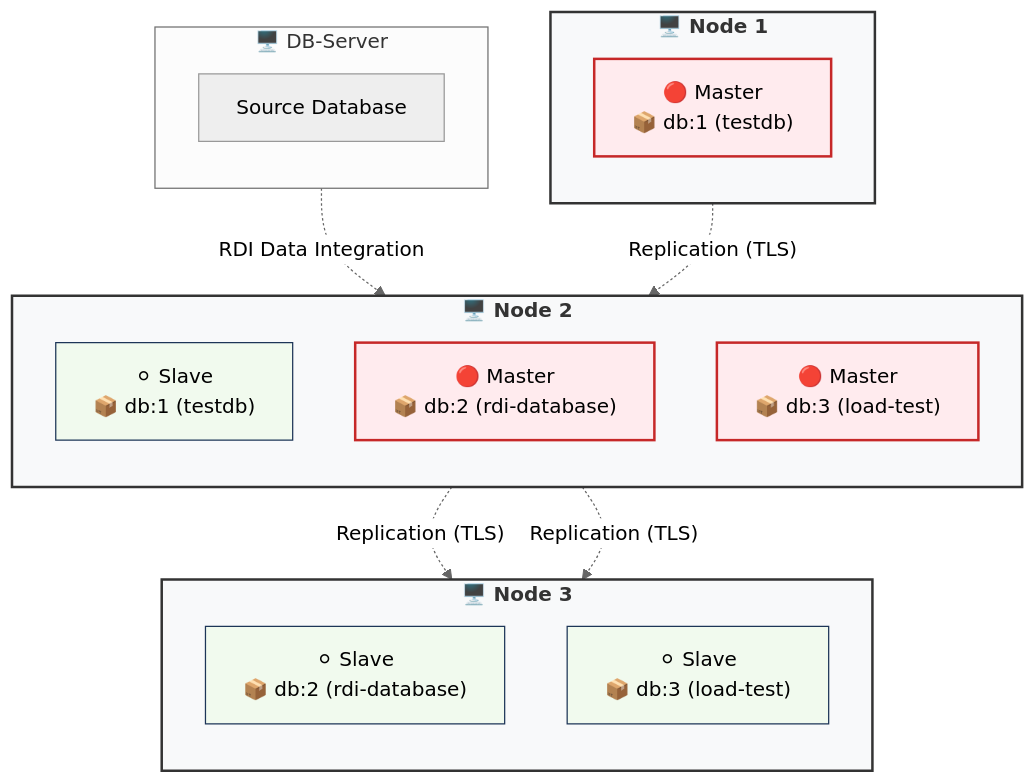
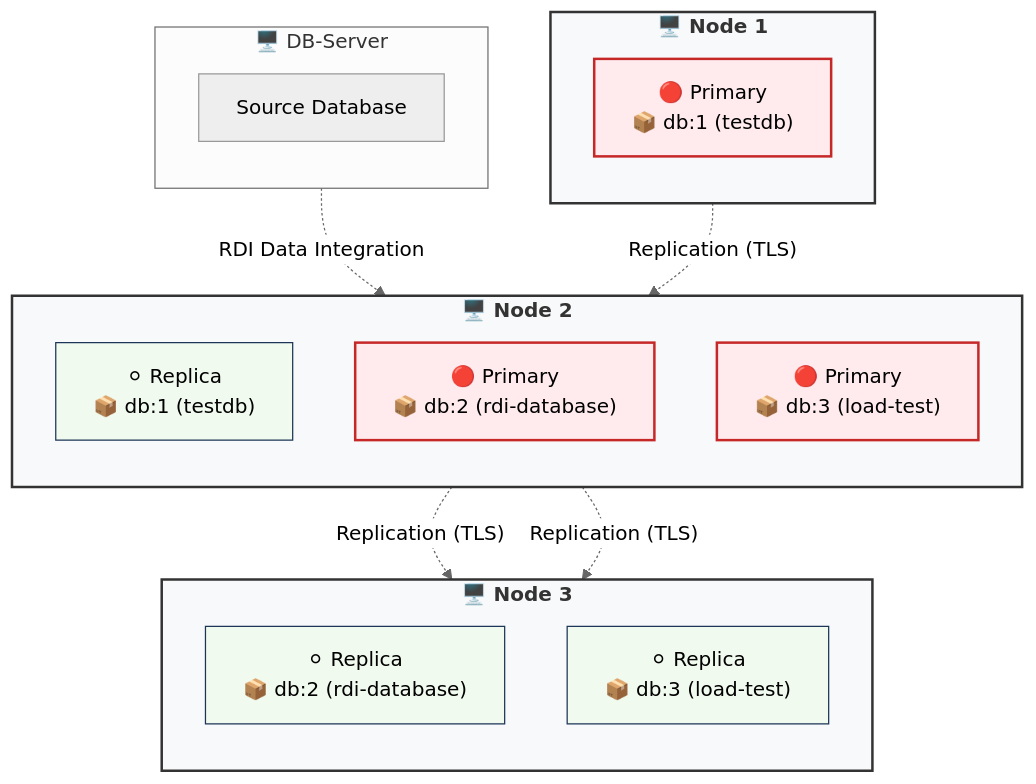
Before and after one commit to BSI-Bund/securitydatabaseconfigurations: the second of 2 diagrams in configs/Redis/Version_8.0.x_Enterprise/Linux/README.md, drawn with Mermaid (neutral theme). The commit also changed other lines of this file and 71 other files, not shown here.

````diff
--- a/configs/Redis/Version_8.0.x_Enterprise/Linux/README.md
+++ b/configs/Redis/Version_8.0.x_Enterprise/Linux/README.md
@@ -76,40 +86,40 @@
 ```mermaid
 flowchart TB
     subgraph NODE1 ["🖥️ Node 1"]
         direction TB
-        S1["🔴 Master<br>📦 db:1 (testdb)"]
+        S1["🔴 Primary<br>📦 db:1 (testdb)"]
     end
 
     subgraph DB-Server ["🖥️ DB-Server"]
         direction TB
         S3["Source Database"]
     end
 
     subgraph NODE2 ["🖥️ Node 2"]
         direction TB
-        S2["⚪ Slave<br>📦 db:1 (testdb)"]
-        S4["🔴 Master<br>📦 db:2 (rdi-database)"]
-        S6["🔴 Master<br>📦 db:3 (load-test)"]
+        S2["⚪ Replica<br>📦 db:1 (testdb)"]
+        S4["🔴 Primary<br>📦 db:2 (rdi-database)"]
+        S6["🔴 Primary<br>📦 db:3 (load-test)"]
     end
 
     subgraph NODE3 ["🖥️ Node 3"]
         direction TB
-        S5["⚪ Slave<br>📦 db:2 (rdi-database)"]
-        S7["⚪ Slave<br>📦 db:3 (load-test)"]
+        S5["⚪ Replica<br>📦 db:2 (rdi-database)"]
+        S7["⚪ Replica<br>📦 db:3 (load-test)"]
     end
 
     %% Replication relationships (Master to Replica)
     S1 -. "Replication (TLS)" .-> S2
     S3 -. "RDI Data Integration" .-> S4
     S4 -. "Replication (TLS)" .-> S5
     S6 -. "Replication (TLS)" .-> S7
 
     %% Styling for better readability in document
     classDef master fill:#ffebee,stroke:#c62828,stroke-width:2px,color:#000;
     classDef replica fill:#f1faee,stroke:#1d3557,stroke-width:1px,color:#000;
     classDef nodeBox fill:#f8f9fa,stroke:#333,stroke-width:2px,font-weight:bold;
-    
+
     class S1,S4,S6 master;
     class S2,S5,S7 replica;
     class NODE1,NODE2,NODE3 nodeBox;
 ```
````
